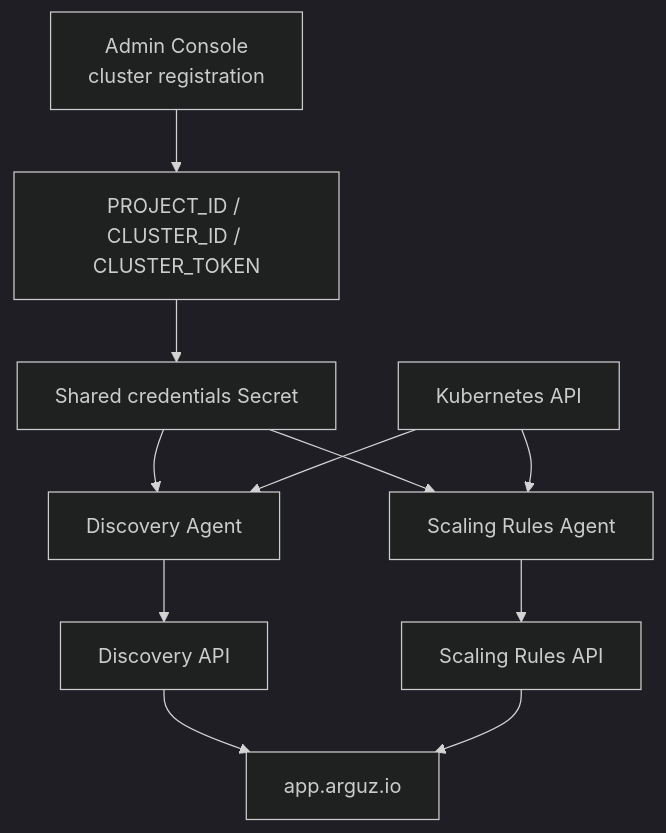
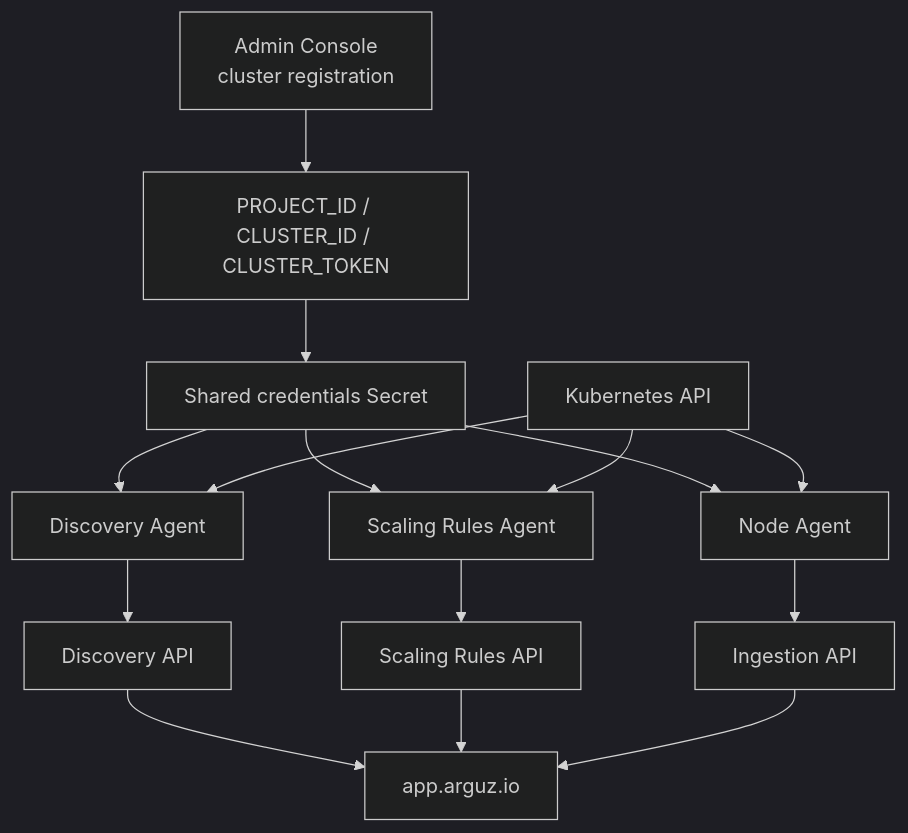
Before and after one commit to Arguz-Labs/Arguz-Docs: the diagram in docs/agent/index.md, drawn with Mermaid (dark theme). The commit also changed other lines of this file and 8 other files, not shown here.

Commit message:
document node agent observability

````diff
--- a/docs/agent/index.md
+++ b/docs/agent/index.md
@@ -22,13 +24,17 @@
 ```mermaid
 graph TD
     A[Admin Console<br/>cluster registration] --> B[PROJECT_ID / CLUSTER_ID / CLUSTER_TOKEN]
     B --> C[Shared credentials Secret]
     C --> D[Discovery Agent]
     C --> E[Scaling Rules Agent]
-    F[Kubernetes API] --> D
-    F --> E
+    C --> F[Node Agent]
+    K[Kubernetes API] --> D
+    K --> E
+    K --> F
     D --> G[Discovery API]
     E --> H[Scaling Rules API]
+    F --> J[Ingestion API]
     G --> I[app.arguz.io]
     H --> I
+    J --> I
 ```
````
